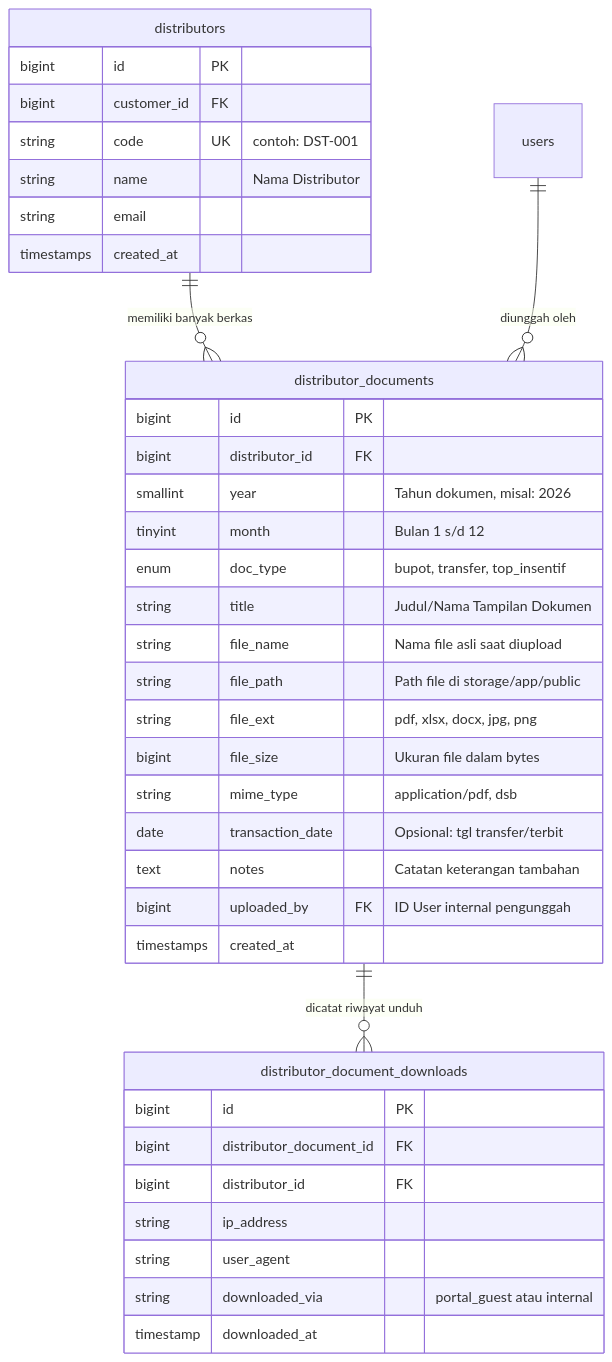
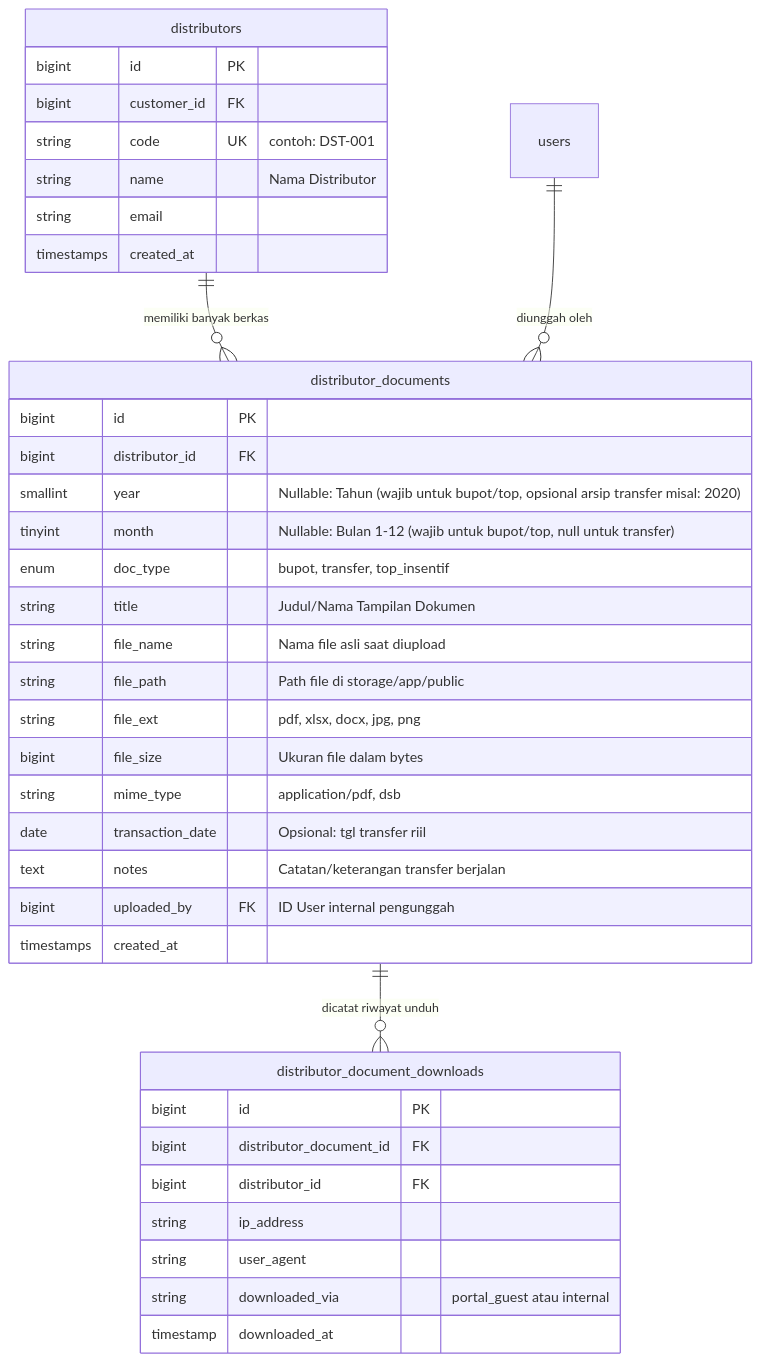
One commit to aderusmana/finance changed the second of 2 diagrams in README.md. Above: the diagram before and after it, drawn with Mermaid. The commit also changed other lines of this file, not shown here.

````diff
--- a/README.md
+++ b/README.md
@@ -194,43 +193,43 @@
 ```mermaid
 erDiagram
     distributors ||--o{ distributor_documents : "memiliki banyak berkas"
     users ||--o{ distributor_documents : "diunggah oleh"
     distributor_documents ||--o{ distributor_document_downloads : "dicatat riwayat unduh"
 
     distributors {
         bigint id PK
         bigint customer_id FK
         string code UK "contoh: DST-001"
         string name "Nama Distributor"
         string email
         timestamps created_at
     }
 
     distributor_documents {
         bigint id PK
         bigint distributor_id FK
-        smallint year "Tahun dokumen, misal: 2026"
-        tinyint month "Bulan 1 s/d 12"
+        smallint year "Nullable: Tahun (wajib untuk bupot/top, opsional arsip transfer misal: 2020)"
+        tinyint month "Nullable: Bulan 1-12 (wajib untuk bupot/top, null untuk transfer)"
         enum doc_type "bupot, transfer, top_insentif"
         string title "Judul/Nama Tampilan Dokumen"
         string file_name "Nama file asli saat diupload"
         string file_path "Path file di storage/app/public"
         string file_ext "pdf, xlsx, docx, jpg, png"
         bigint file_size "Ukuran file dalam bytes"
         string mime_type "application/pdf, dsb"
-        date transaction_date "Opsional: tgl transfer/terbit"
-        text notes "Catatan keterangan tambahan"
+        date transaction_date "Opsional: tgl transfer riil"
+        text notes "Catatan/keterangan transfer berjalan"
         bigint uploaded_by FK "ID User internal pengunggah"
         timestamps created_at
     }
 
     distributor_document_downloads {
         bigint id PK
         bigint distributor_document_id FK
         bigint distributor_id FK
         string ip_address
         string user_agent
         string downloaded_via "portal_guest atau internal"
         timestamp downloaded_at
     }
 ```
````
